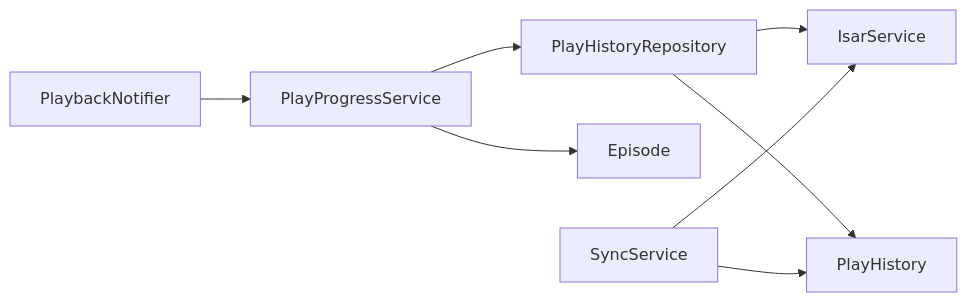
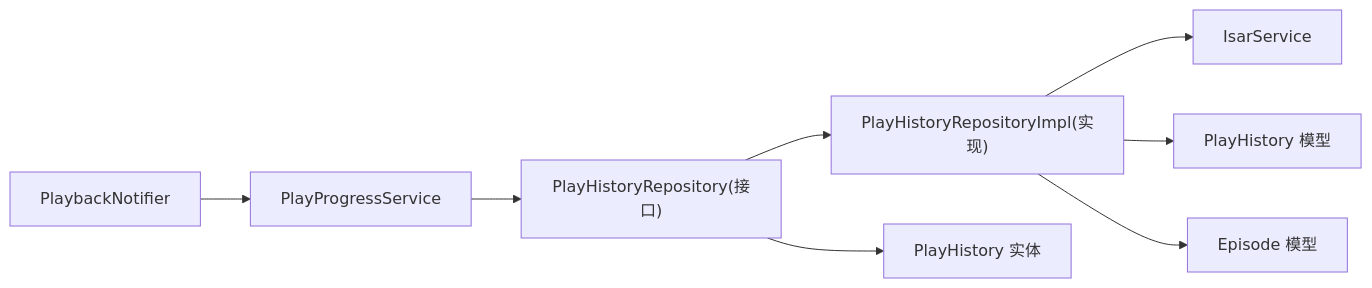
The sixth of 6 diagrams in .qoder/repowiki/zh/content/核心功能模块/音频播放系统/播放进度跟踪.md (ZTfer/Tinycast), drawn with Mermaid before and after one commit. The commit also changed other lines of this file and 187 other files, not shown here.

````diff
--- a/.qoder/repowiki/zh/content/核心功能模块/音频播放系统/播放进度跟踪.md
+++ b/.qoder/repowiki/zh/content/核心功能模块/音频播放系统/播放进度跟踪.md
@@ -263,10 +316,10 @@
 ```mermaid
 graph LR
 BN["PlaybackNotifier"] --> PPS["PlayProgressService"]
-PPS --> PHR["PlayHistoryRepository"]
-PHR --> ISAR["IsarService"]
-PHR --> PH["PlayHistory"]
-PPS --> EP["Episode"]
-SYNC["SyncService"] --> ISAR
-SYNC --> PH
+PPS --> PHR["PlayHistoryRepository(接口)"]
+PHR --> PHRI["PlayHistoryRepositoryImpl(实现)"]
+PHRI --> ISAR["IsarService"]
+PHRI --> PHM["PlayHistory 模型"]
+PHRI --> EM["Episode 模型"]
+PHR --> PHE["PlayHistory 实体"]
 ```
````
